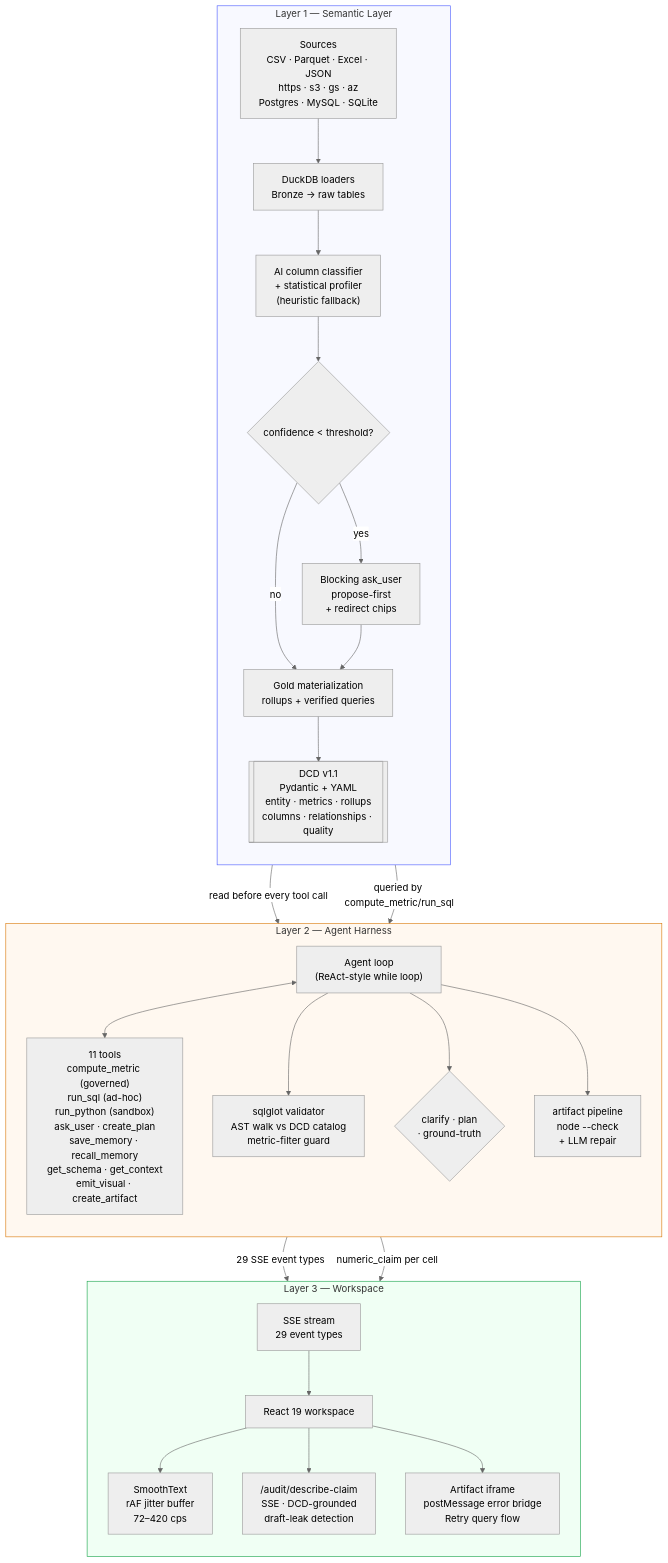
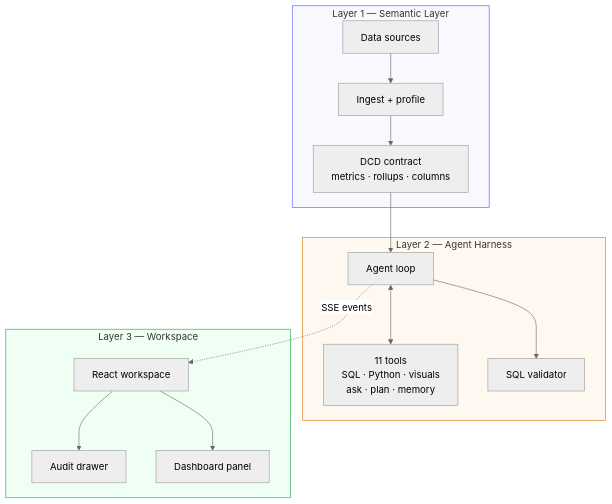
Before and after one commit to hitakshiA/Manthan: the second of 5 diagrams in README.md, drawn with Mermaid (neutral theme). The commit also changed other lines of this file, not shown here.

````diff
--- a/README.md
+++ b/README.md
@@ -102,39 +81,26 @@
 ```mermaid
 flowchart TB
     subgraph L1["Layer 1 — Semantic Layer"]
-        direction TB
-        SRC["Sources<br/>CSV · Parquet · Excel · JSON<br/>https · s3 · gs · az<br/>Postgres · MySQL · SQLite"] --> INGEST["DuckDB loaders<br/>Bronze → raw tables"]
-        INGEST --> PROFILE["AI column classifier<br/>+ statistical profiler<br/>(heuristic fallback)"]
-        PROFILE --> CLARIFY{"confidence &lt; threshold?"}
-        CLARIFY -->|"yes"| ASK["Blocking ask_user<br/>propose-first<br/>+ redirect chips"]
-        CLARIFY -->|"no"| MATERIALIZE
-        ASK --> MATERIALIZE["Gold materialization<br/>rollups + verified queries"]
-        MATERIALIZE --> DCD[["DCD v1.1<br/>Pydantic + YAML<br/>entity · metrics · rollups<br/>columns · relationships · quality"]]
+        SRC[Data sources] --> INGEST[Ingest + profile]
+        INGEST --> DCD[DCD contract<br/>metrics · rollups · columns]
     end
 
     subgraph L2["Layer 2 — Agent Harness"]
-        direction TB
-        LOOP["Agent loop<br/>(ReAct-style while loop)"]
-        LOOP <--> TOOLS["11 tools<br/>compute_metric (governed)<br/>run_sql (ad-hoc)<br/>run_python (sandbox)<br/>ask_user · create_plan<br/>save_memory · recall_memory<br/>get_schema · get_context<br/>emit_visual · create_artifact"]
-        LOOP --> VAL["sqlglot validator<br/>AST walk vs DCD catalog<br/>metric-filter guard"]
-        LOOP --> GATES{"clarify · plan<br/>· ground-truth"}
-        LOOP --> REPAIR["artifact pipeline<br/>node --check<br/>+ LLM repair"]
+        LOOP[Agent loop]
+        LOOP <--> TOOLS[11 tools<br/>SQL · Python · visuals<br/>ask · plan · memory]
+        LOOP --> VAL[SQL validator]
     end
 
     subgraph L3["Layer 3 — Workspace"]
-        direction TB
-        SSE["SSE stream<br/>29 event types"] --> REACT["React 19 workspace"]
-        REACT --> SMOOTH["SmoothText<br/>rAF jitter buffer<br/>72–420 cps"]
-        REACT --> DRAWER["/audit/describe-claim<br/>SSE · DCD-grounded<br/>draft-leak detection"]
-        REACT --> ARTI["Artifact iframe<br/>postMessage error bridge<br/>Retry query flow"]
+        REACT[React workspace]
+        REACT --> AUDIT[Audit drawer]
+        REACT --> ARTI[Dashboard panel]
     end
 
-    DCD -->|"read before every tool call"| LOOP
-    MATERIALIZE -->|"queried by compute_metric/run_sql"| LOOP
-    LOOP -->|"29 SSE event types"| SSE
-    LOOP -->|"numeric_claim per cell"| DRAWER
+    DCD --> LOOP
+    LOOP -.SSE events.-> REACT
 
     style L1 fill:#f8f9ff,stroke:#4a5aff
     style L2 fill:#fff8f0,stroke:#d97706
     style L3 fill:#f0fff4,stroke:#16a34a
 ```
````
